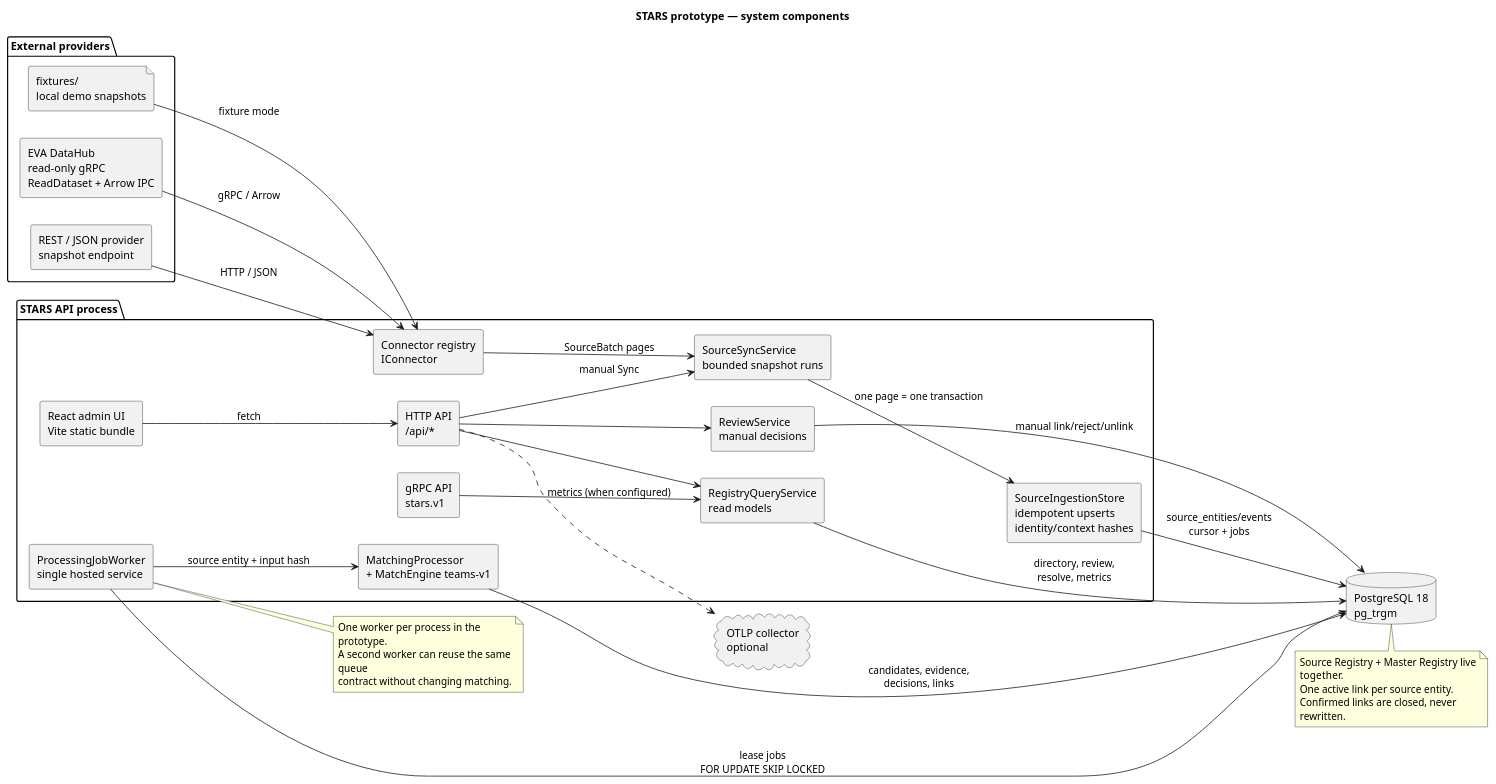
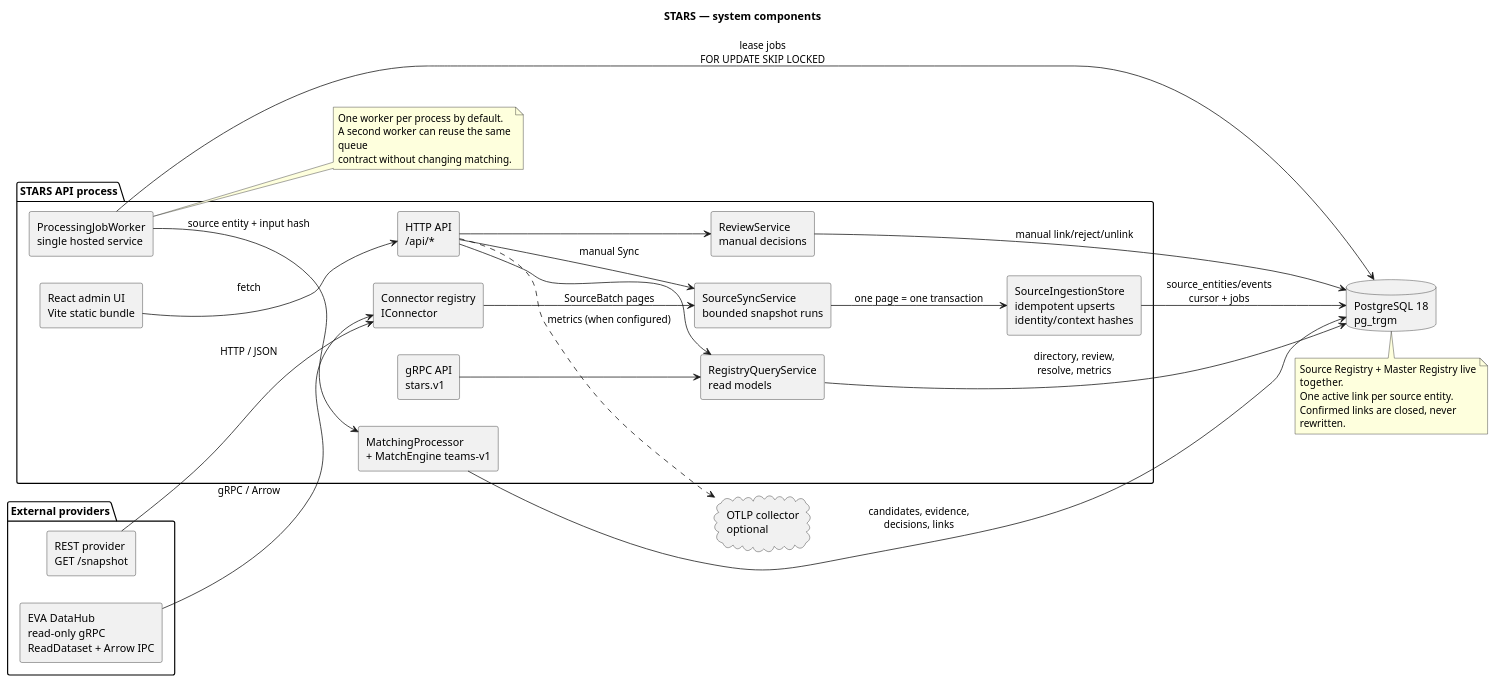
The diagram in docs/diagrams/01-system-components.puml (zollidan/stars), drawn with PlantUML before and after one commit. The commit also changed 50 other files, not shown here.

```diff
--- a/docs/diagrams/01-system-components.puml
+++ b/docs/diagrams/01-system-components.puml
@@ -1,60 +1,58 @@
 @startuml STARS_System_Components
-title STARS prototype — system components
+title STARS — system components
 
 skinparam componentStyle rectangle
 skinparam wrapWidth 240
 left to right direction
 
 package "External providers" {
   component "EVA DataHub\nread-only gRPC\nReadDataset + Arrow IPC" as EVA
-  component "REST / JSON provider\nsnapshot endpoint" as REST
-  file "fixtures/\nlocal demo snapshots" as FIXTURES
+  component "REST provider\nGET /snapshot" as REST
 }
 
 package "STARS API process" {
   component "Connector registry\nIConnector" as CONNECTORS
   component "SourceSyncService\nbounded snapshot runs" as SYNC
   component "SourceIngestionStore\nidempotent upserts\nidentity/context hashes" as INGEST
   component "ProcessingJobWorker\nsingle hosted service" as WORKER
   component "MatchingProcessor\n+ MatchEngine teams-v1" as MATCH
   component "RegistryQueryService\nread models" as QUERY
   component "ReviewService\nmanual decisions" as REVIEW
   component "HTTP API\n/api/*" as HTTP
   component "gRPC API\nstars.v1" as GRPC
   component "React admin UI\nVite static bundle" as UI
 }
 
 database "PostgreSQL 18\npg_trgm" as PG
 cloud "OTLP collector\noptional" as OTLP
 
 EVA --> CONNECTORS : gRPC / Arrow
 REST --> CONNECTORS : HTTP / JSON
-FIXTURES --> CONNECTORS : fixture mode
 CONNECTORS --> SYNC : SourceBatch pages
 SYNC --> INGEST : one page = one transaction
 INGEST --> PG : source_entities/events\ncursor + jobs
 WORKER --> PG : lease jobs\nFOR UPDATE SKIP LOCKED
 WORKER --> MATCH : source entity + input hash
 MATCH --> PG : candidates, evidence,\ndecisions, links
 QUERY --> PG : directory, review,\nresolve, metrics
 REVIEW --> PG : manual link/reject/unlink
 UI --> HTTP : fetch
 HTTP --> QUERY
 HTTP --> REVIEW
 HTTP --> SYNC : manual Sync
 GRPC --> QUERY
 HTTP ..> OTLP : metrics (when configured)
 
 note right of WORKER
-  One worker per process in the prototype.
+  One worker per process by default.
   A second worker can reuse the same queue
   contract without changing matching.
 end note
 
 note bottom of PG
   Source Registry + Master Registry live together.
   One active link per source entity.
   Confirmed links are closed, never rewritten.
 end note
 
 @enduml
```
